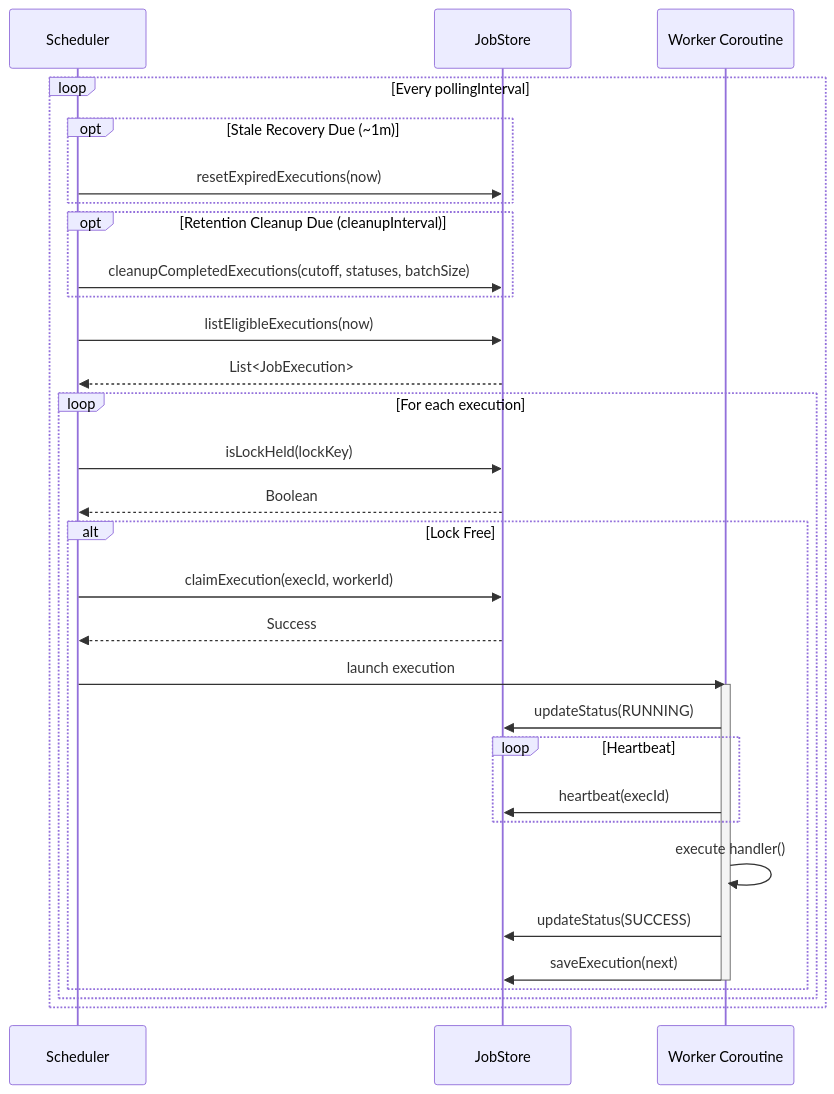
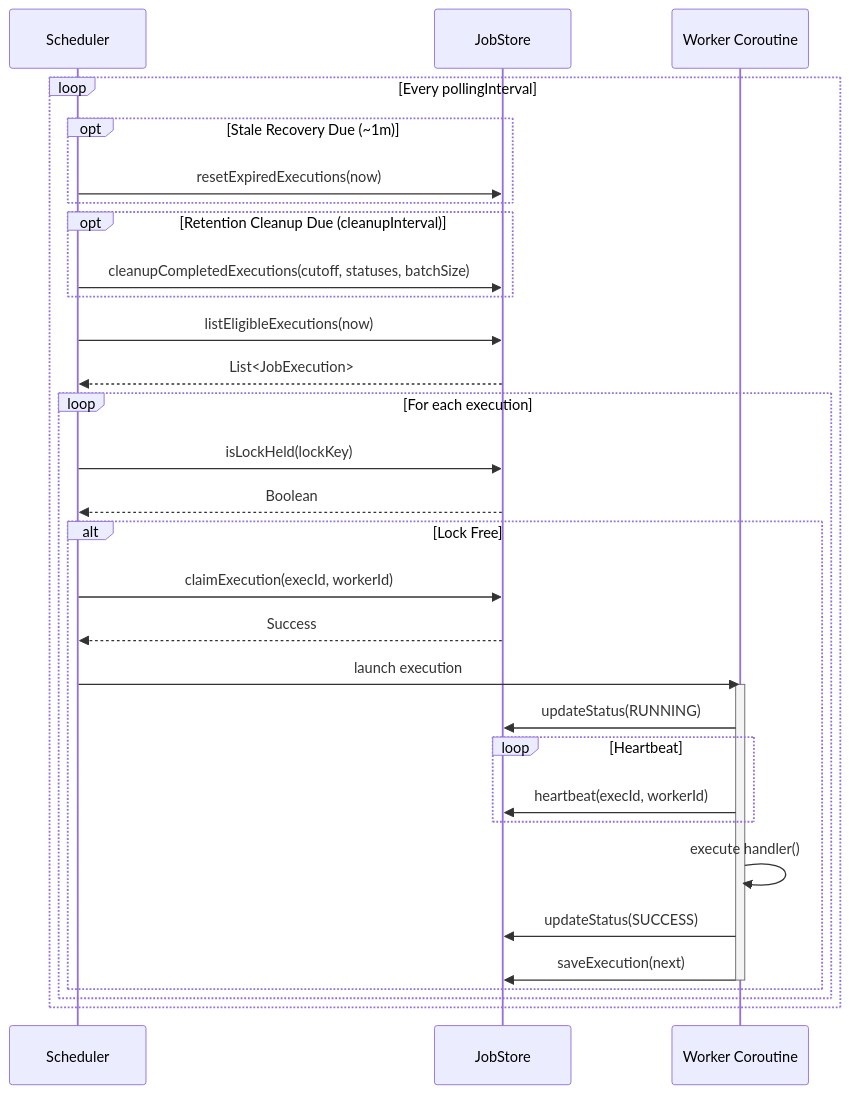
Before and after one commit to juniormichieletto/khrona: the second of 2 diagrams in .specs/codebase/ARCHITECTURE.md, drawn with Mermaid. The commit also changed 10 other files, not shown here.

````diff
--- a/.specs/codebase/ARCHITECTURE.md
+++ b/.specs/codebase/ARCHITECTURE.md
@@ -51,35 +51,35 @@
 ```mermaid
 sequenceDiagram
     participant S as Scheduler
     participant ST as JobStore
     participant W as Worker Coroutine
     
     loop Every pollingInterval
         opt Stale Recovery Due (~1m)
             S->>ST: resetExpiredExecutions(now)
         end
         opt Retention Cleanup Due (cleanupInterval)
             S->>ST: cleanupCompletedExecutions(cutoff, statuses, batchSize)
         end
         S->>ST: listEligibleExecutions(now)
         ST-->>S: List<JobExecution>
         loop For each execution
             S->>ST: isLockHeld(lockKey)
             ST-->>S: Boolean
             alt Lock Free
                 S->>ST: claimExecution(execId, workerId)
                 ST-->>S: Success
                 S->>W: launch execution
                 activate W
                 W->>ST: updateStatus(RUNNING)
                 loop Heartbeat
-                    W->>ST: heartbeat(execId)
+                    W->>ST: heartbeat(execId, workerId)
                 end
                 W->>W: execute handler()
                 W->>ST: updateStatus(SUCCESS)
                 W->>ST: saveExecution(next)
                 deactivate W
             end
         end
     end
 ```
````
